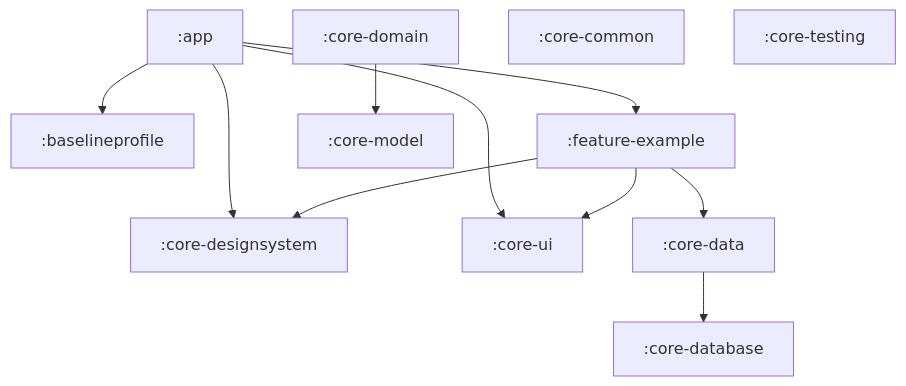
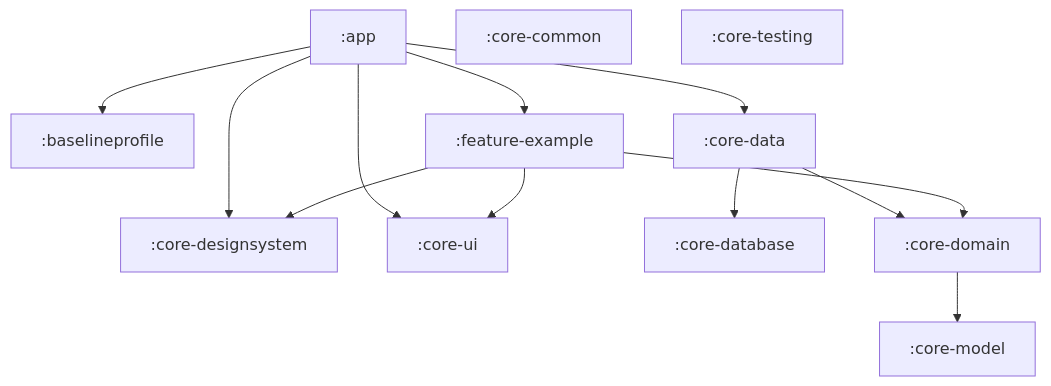
Before and after one commit to Tarek-Bohdima/ConsultMe: the diagram in docs/MODULE_GRAPH.md, drawn with Mermaid. The commit also changed 33 other files, not shown here.

First line of the commit message:
feat: end-to-end vertical slice through the layered architecture (#227)

````diff
--- a/docs/MODULE_GRAPH.md
+++ b/docs/MODULE_GRAPH.md
@@ -5,14 +5,16 @@
 ```mermaid
 graph TD
   :app --> :baselineprofile
+  :app --> :core-data
   :app --> :core-designsystem
   :app --> :core-ui
   :app --> :feature-example
   :core-data --> :core-database
+  :core-data --> :core-domain
   :core-domain --> :core-model
-  :feature-example --> :core-data
   :feature-example --> :core-designsystem
+  :feature-example --> :core-domain
   :feature-example --> :core-ui
   :core-common
   :core-testing
 ```
````
